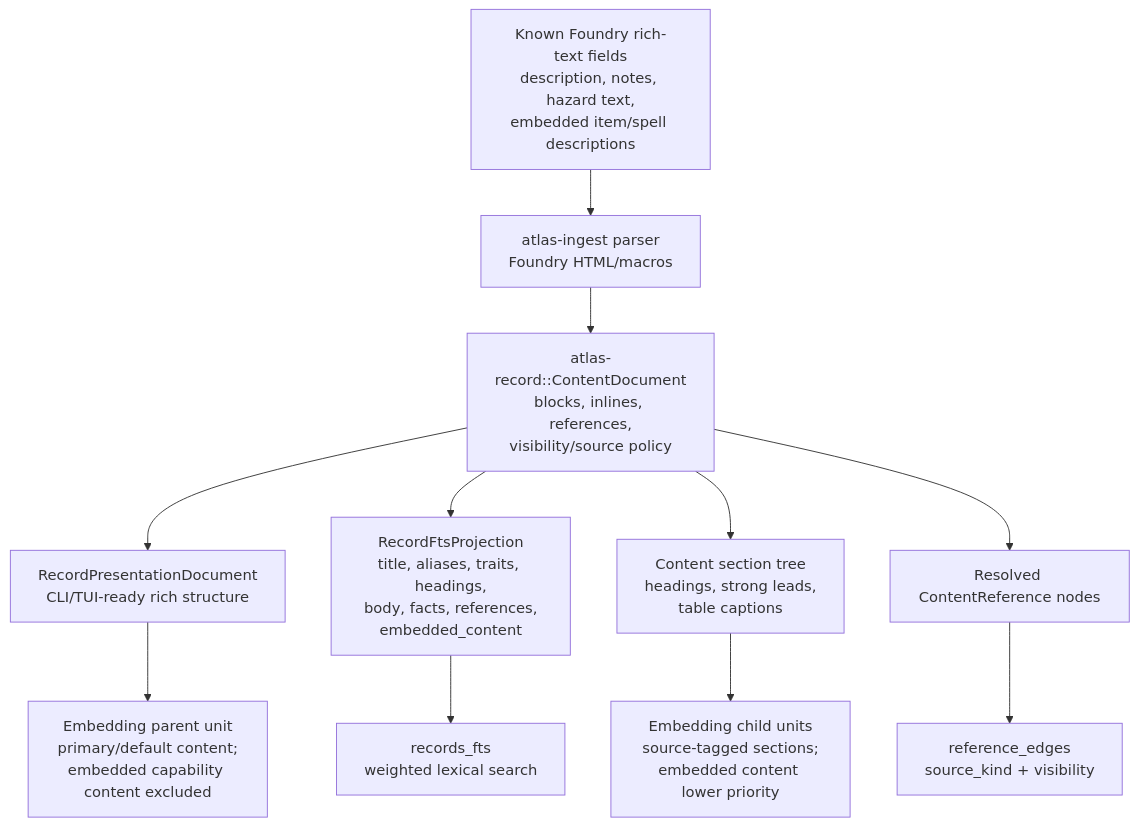
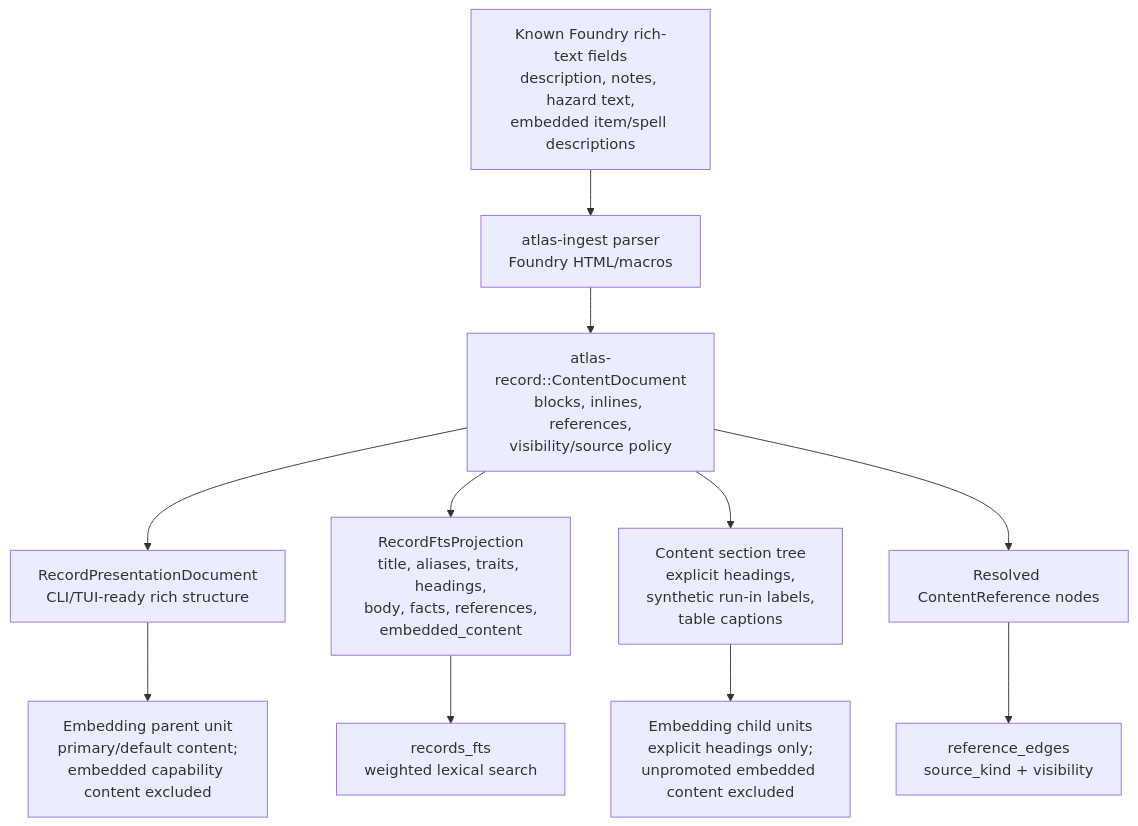
The third of 4 diagrams in docs/architecture/runtime.md (e-kosten/pf2e-atlas), drawn with Mermaid before and after one commit. The commit also changed 23 other files, not shown here.

````diff
--- a/docs/architecture/runtime.md
+++ b/docs/architecture/runtime.md
@@ -83,15 +83,15 @@
 ```mermaid
 flowchart TD
     markup["Known Foundry rich-text fields<br/>description, notes, hazard text,<br/>embedded item/spell descriptions"] --> parser["atlas-ingest parser<br/>Foundry HTML/macros"]
     parser --> doc["atlas-record::ContentDocument<br/>blocks, inlines, references,<br/>visibility/source policy"]
 
     doc --> presentation["RecordPresentationDocument<br/>CLI/TUI-ready rich structure"]
     doc --> fts["RecordFtsProjection<br/>title, aliases, traits, headings,<br/>body, facts, references,<br/>embedded_content"]
-    doc --> tree["Content section tree<br/>headings, strong leads,<br/>table captions"]
+    doc --> tree["Content section tree<br/>explicit headings,<br/>synthetic run-in labels,<br/>table captions"]
     doc --> refs["Resolved ContentReference nodes"]
 
     presentation --> parentEmbedding["Embedding parent unit<br/>primary/default content;<br/>embedded capability content excluded"]
-    tree --> childEmbedding["Embedding child units<br/>source-tagged sections;<br/>embedded content lower priority"]
+    tree --> childEmbedding["Embedding child units<br/>explicit headings only;<br/>unpromoted embedded content excluded"]
     refs --> edges["reference_edges<br/>source_kind + visibility"]
     fts --> recordsFts["records_fts<br/>weighted lexical search"]
 ```
````
